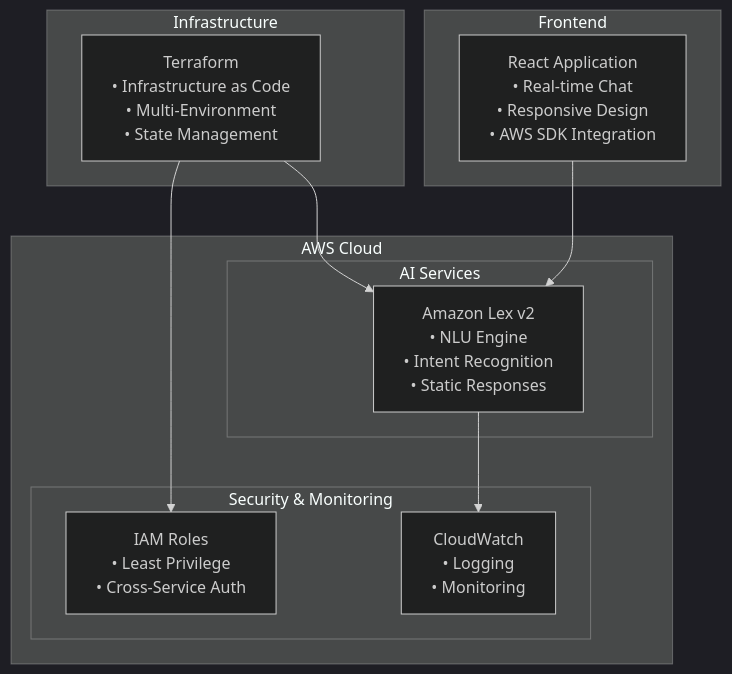
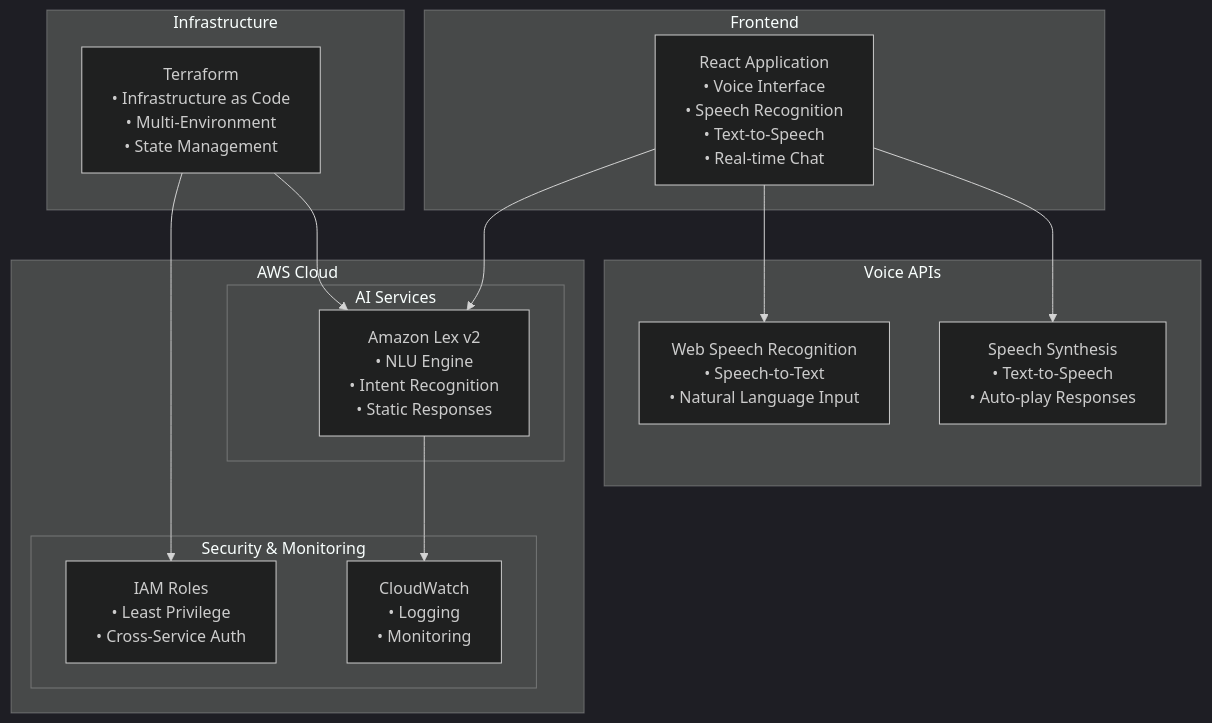
Before and after one commit to abaasi256/AWS-Health-Advice-Chatbot: the diagram in README.md, drawn with Mermaid (dark theme). The commit also changed other lines of this file and 8 other files, not shown here.

````diff
--- a/README.md
+++ b/README.md
@@ -27,26 +58,33 @@
 ```mermaid
 graph TB
     subgraph "Frontend"
-        UI[React Application<br/>• Real-time Chat<br/>• Responsive Design<br/>• AWS SDK Integration]
+        UI[React Application<br/>• Voice Interface<br/>• Speech Recognition<br/>• Text-to-Speech<br/>• Real-time Chat]
+    end
+    
+    subgraph "Voice APIs"
+        WSR[Web Speech Recognition<br/>• Speech-to-Text<br/>• Natural Language Input]
+        TTS[Speech Synthesis<br/>• Text-to-Speech<br/>• Auto-play Responses]
     end
     
     subgraph "AWS Cloud"
         subgraph "AI Services"
             Lex[Amazon Lex v2<br/>• NLU Engine<br/>• Intent Recognition<br/>• Static Responses]
         end
         
         subgraph "Security & Monitoring"
             IAM[IAM Roles<br/>• Least Privilege<br/>• Cross-Service Auth]
             CW[CloudWatch<br/>• Logging<br/>• Monitoring]
         end
     end
     
     subgraph "Infrastructure"
         TF[Terraform<br/>• Infrastructure as Code<br/>• Multi-Environment<br/>• State Management]
     end
     
+    UI --> WSR
+    UI --> TTS
     UI --> Lex
     TF --> IAM
     TF --> Lex
     Lex --> CW
 ```
````
